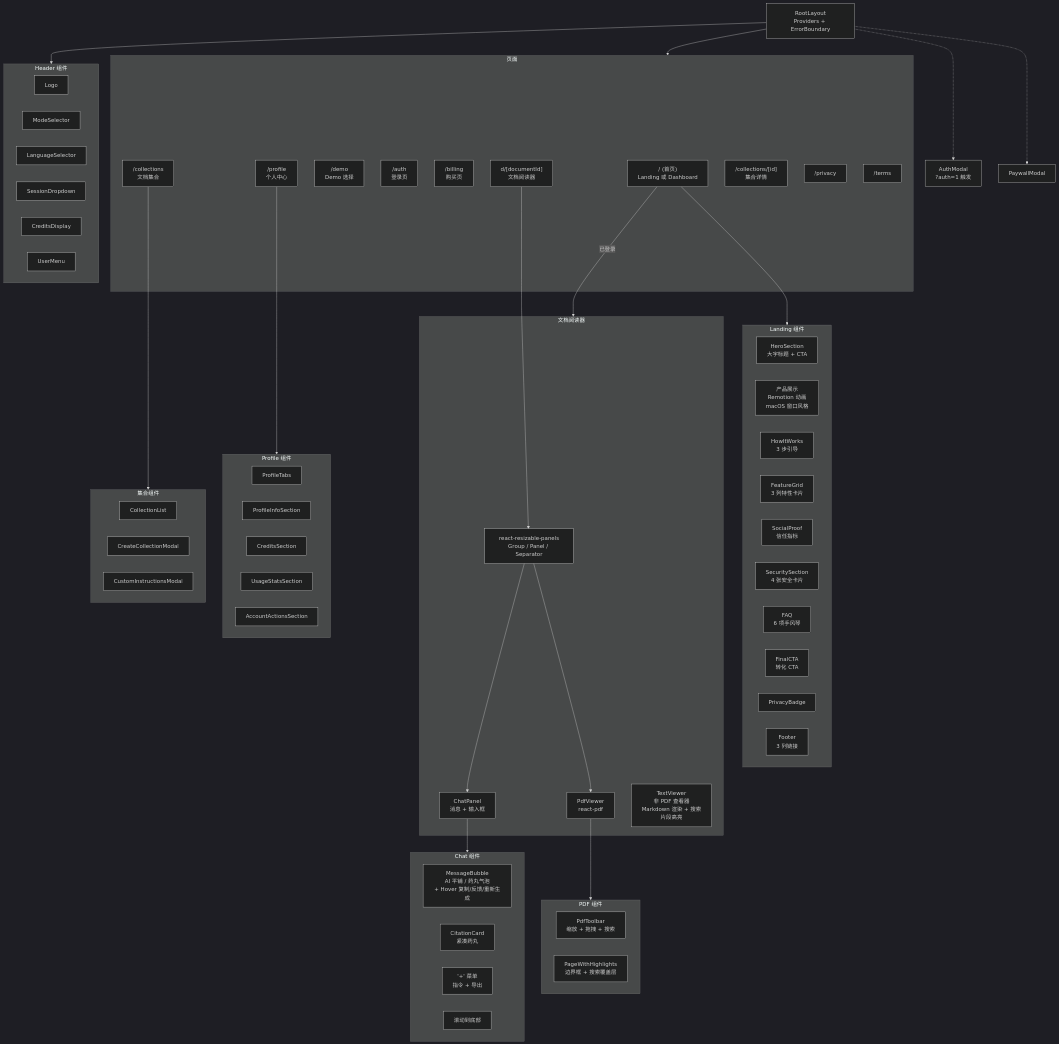
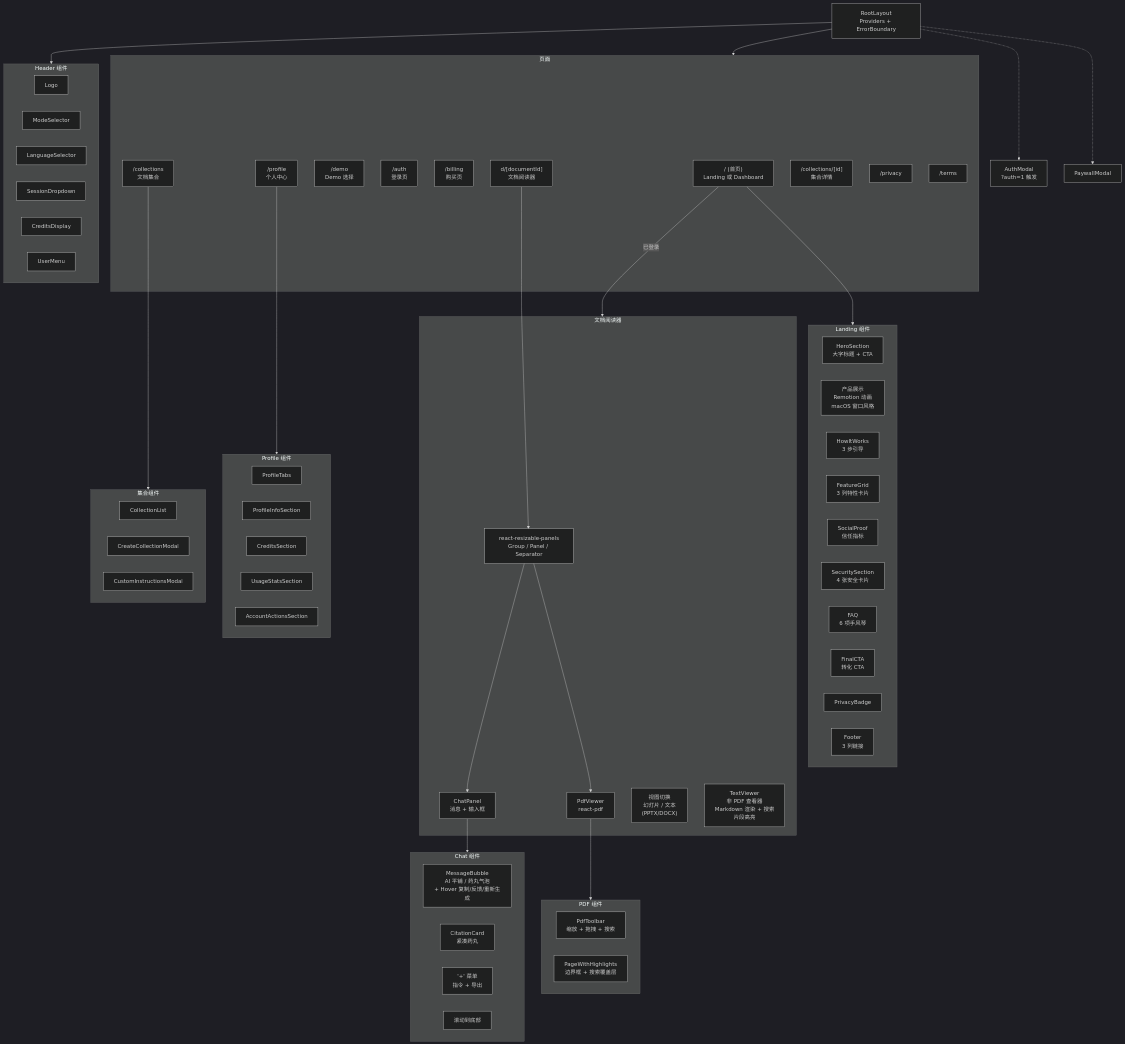
One commit to Rswcf/DocTalk changed the seventh of 8 diagrams in docs/ARCHITECTURE.zh.md. Above: the diagram before and after it, drawn with Mermaid (dark theme). The commit also changed other lines of this file and 4 other files, not shown here.

First line of the commit message:
docs: update all docs for PPTX/DOCX visual rendering via LibreOffice

```diff
--- a/docs/ARCHITECTURE.zh.md
+++ b/docs/ARCHITECTURE.zh.md
@@ -530,6 +531,7 @@
         ResizablePanels["react-resizable-panels<br/>Group / Panel / Separator"]
         ChatPanel["ChatPanel<br/>消息 + 输入框"]
         PdfViewer["PdfViewer<br/>react-pdf"]
+        ViewToggle["视图切换<br/>幻灯片 / 文本<br/>(PPTX/DOCX)"]
         TextViewer["TextViewer<br/>非 PDF 查看器<br/>Markdown 渲染 + 搜索<br/>片段高亮"]
     end
 
```
